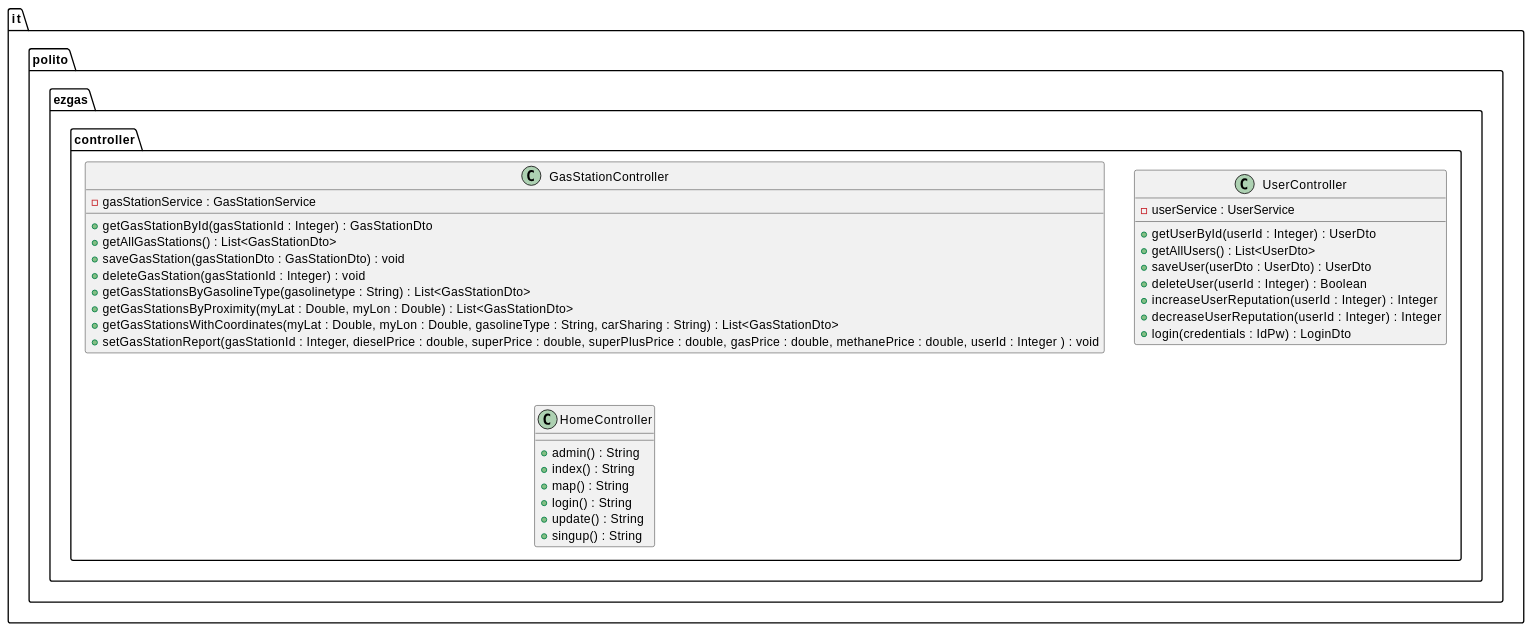
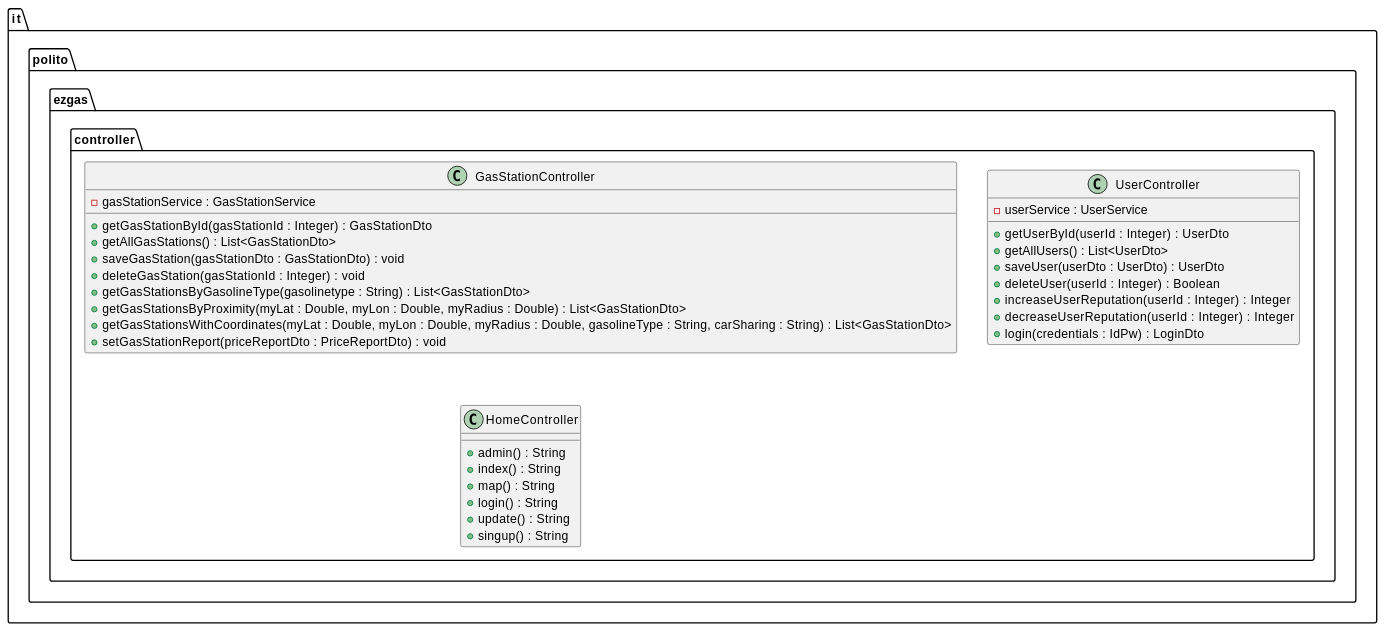
Before and after one commit to lucarinelli/ezgas: the fourth of 13 diagrams in docs/DesignDocument.md, drawn with PlantUML. The commit also changed other lines of this file, not shown here.

````diff
--- a/docs/DesignDocument.md
+++ b/docs/DesignDocument.md
@@ -217,36 +217,36 @@
 ```plantuml
 @startuml
 package "it.polito.ezgas.controller" {
         class GasStationController{
             -gasStationService : GasStationService
             +getGasStationById(gasStationId : Integer) : GasStationDto
             +getAllGasStations() : List<GasStationDto>
             +saveGasStation(gasStationDto : GasStationDto) : void
             +deleteGasStation(gasStationId : Integer) : void
             +getGasStationsByGasolineType(gasolinetype : String) : List<GasStationDto>
-            +getGasStationsByProximity(myLat : Double, myLon : Double) : List<GasStationDto>
-            +getGasStationsWithCoordinates(myLat : Double, myLon : Double, gasolineType : String, carSharing : String) : List<GasStationDto>
-            +setGasStationReport(gasStationId : Integer, dieselPrice : double, superPrice : double, superPlusPrice : double, gasPrice : double, methanePrice : double, userId : Integer ) : void
+            +getGasStationsByProximity(myLat : Double, myLon : Double, myRadius : Double) : List<GasStationDto>
+            +getGasStationsWithCoordinates(myLat : Double, myLon : Double, myRadius : Double, gasolineType : String, carSharing : String) : List<GasStationDto>
+            +setGasStationReport(priceReportDto : PriceReportDto) : void
         }
         class UserController{
             -userService : UserService
             +getUserById(userId : Integer) : UserDto
             +getAllUsers() : List<UserDto>
             +saveUser(userDto : UserDto) : UserDto
             +deleteUser(userId : Integer) : Boolean
             +increaseUserReputation(userId : Integer) : Integer
             +decreaseUserReputation(userId : Integer) : Integer
             +login(credentials : IdPw) : LoginDto
         }
         class HomeController{
             +admin() : String
             +index() : String
             +map() : String
             +login() : String
             +update() : String
             +singup() : String
             
         }
     }
 @enduml
 ```
````
